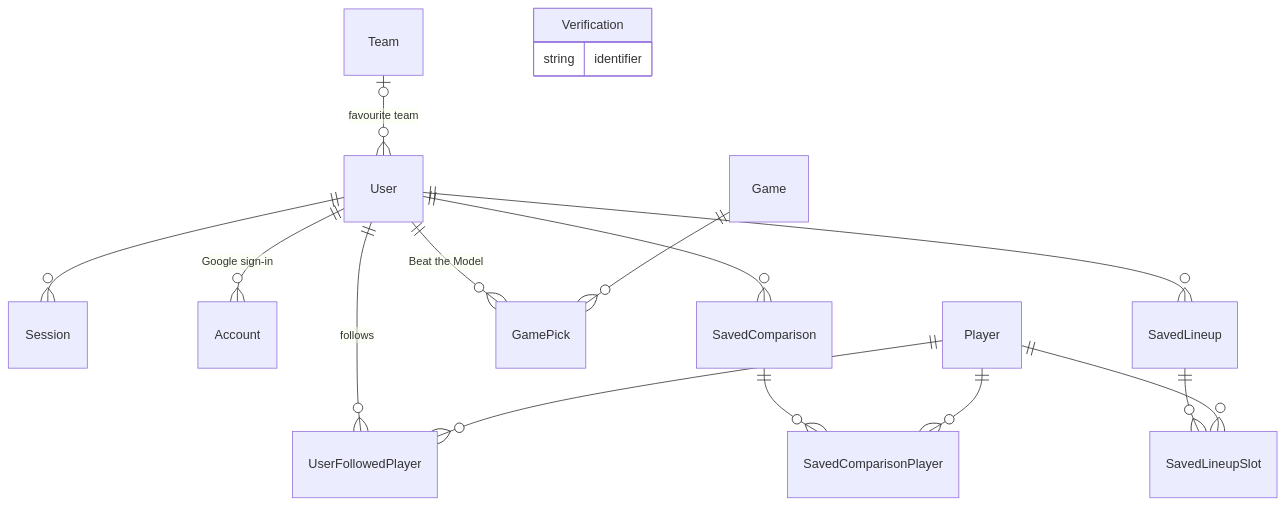
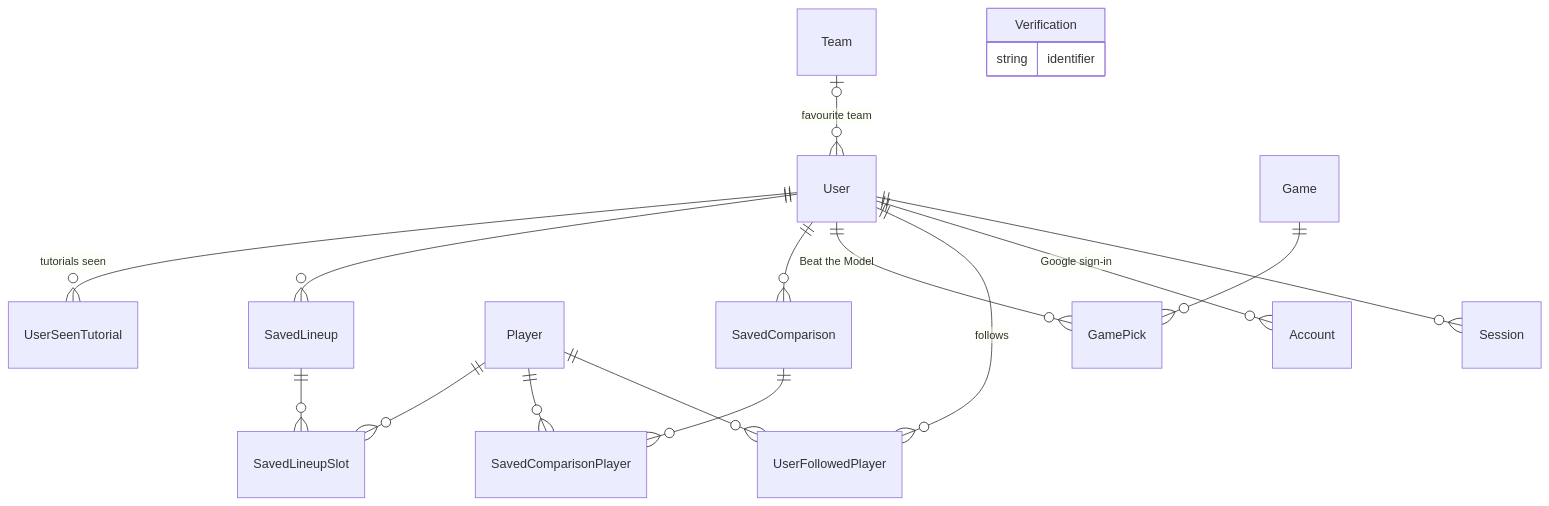
Before and after one commit to Sports-Analytics-Innovation-Platform/Innovation-Documentation-Website: the third of 5 diagrams in docs/design/erd.md, drawn with Mermaid. The commit also changed other lines of this file and 6 other files, not shown here.

````diff
--- a/docs/design/erd.md
+++ b/docs/design/erd.md
@@ -97,19 +97,20 @@
 ```mermaid
 erDiagram
     User ||--o{ Session : ""
     User ||--o{ Account : "Google sign-in"
     Team |o--o{ User : "favourite team"
     User ||--o{ UserFollowedPlayer : "follows"
     Player ||--o{ UserFollowedPlayer : ""
     User ||--o{ GamePick : "Beat the Model"
     Game ||--o{ GamePick : ""
     User ||--o{ SavedComparison : ""
     SavedComparison ||--o{ SavedComparisonPlayer : ""
     Player ||--o{ SavedComparisonPlayer : ""
     User ||--o{ SavedLineup : ""
     SavedLineup ||--o{ SavedLineupSlot : ""
     Player ||--o{ SavedLineupSlot : ""
+    User ||--o{ UserSeenTutorial : "tutorials seen"
     Verification {
         string identifier
     }
 ```
````
